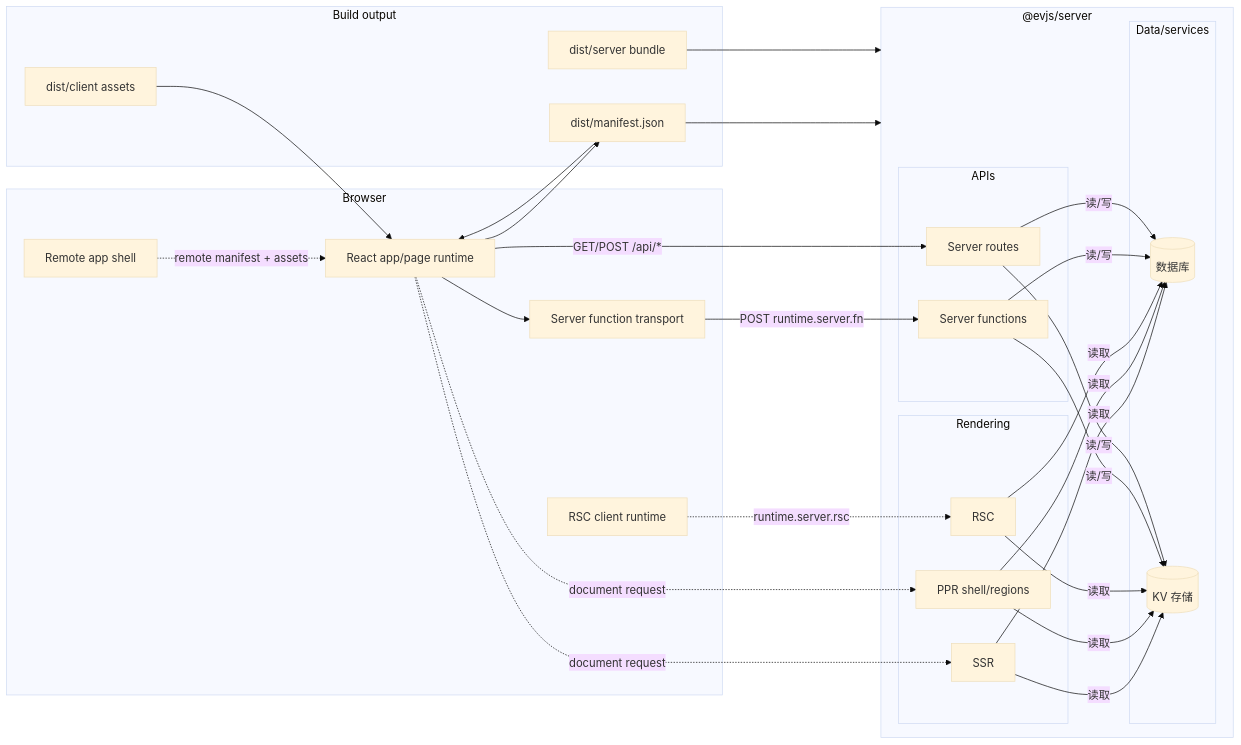
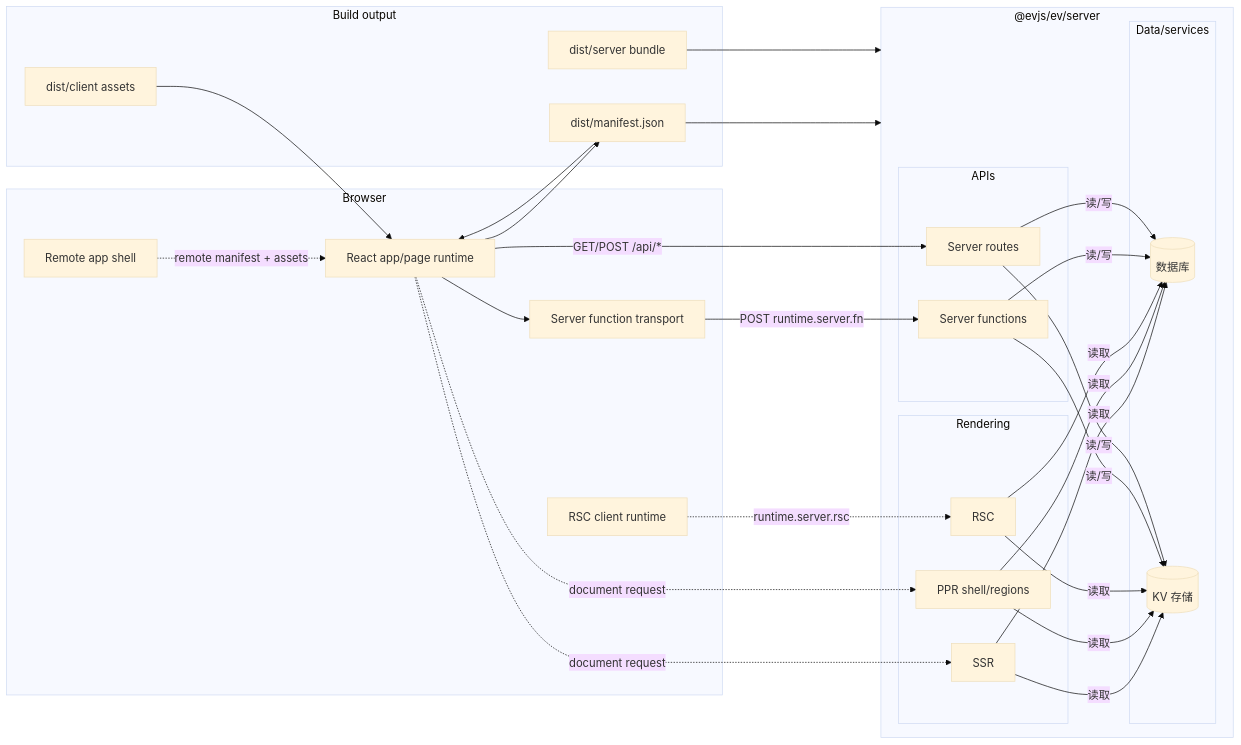
The diagram in docs/i18n/zh-Hans/docusaurus-plugin-content-docs/current/overview.md (afx-team/evjs), drawn with Mermaid (base theme) before and after one commit. The commit also changed other lines of this file and 11 other files, not shown here.

````diff
--- a/docs/i18n/zh-Hans/docusaurus-plugin-content-docs/current/overview.md
+++ b/docs/i18n/zh-Hans/docusaurus-plugin-content-docs/current/overview.md
@@ -30,58 +30,58 @@
 ```mermaid
 flowchart LR
     subgraph Browser ["Browser"]
         UI["React app/page runtime"]
         RPC["Server function transport"]
         REMOTE["Remote app shell"]
         RSCClient["RSC client runtime"]
     end
 
-    subgraph Server ["@evjs/server"]
+    subgraph Server ["@evjs/ev/server"]
         subgraph Rendering ["Rendering"]
             SSR["SSR"]
             PPR["PPR shell/regions"]
             RSC["RSC"]
         end
 
         subgraph APIs ["APIs"]
             SF["Server functions"]
             RH["Server routes"]
         end
 
         subgraph Data ["Data/services"]
             DB[("数据库")]
             KV[("KV 存储")]
         end
     end
 
     subgraph Build ["Build output"]
         MANIFEST["dist/manifest.json"]
         ASSETS["dist/client assets"]
         SERVERBUNDLE["dist/server bundle"]
     end
 
     UI --> MANIFEST
     UI --> RPC
     UI -.->|"document request"| SSR
     UI -.->|"document request"| PPR
     RSCClient -.->|"runtime.server.rsc"| RSC
     REMOTE -.->|"remote manifest + assets"| UI
 
     SSR -->|读取| DB
     SSR -->|读取| KV
     PPR -->|读取| DB
     PPR -->|读取| KV
     RSC -->|读取| DB
     RSC -->|读取| KV
     SF -->|读/写| DB
     SF -->|读/写| KV
     RH -->|读/写| DB
     RH -->|读/写| KV
 
     RPC -->|"POST runtime.server.fn"| SF
     UI -->|"GET/POST /api/*"| RH
     MANIFEST --> UI
     MANIFEST --> Server
     ASSETS --> UI
     SERVERBUNDLE --> Server
 ```
````
